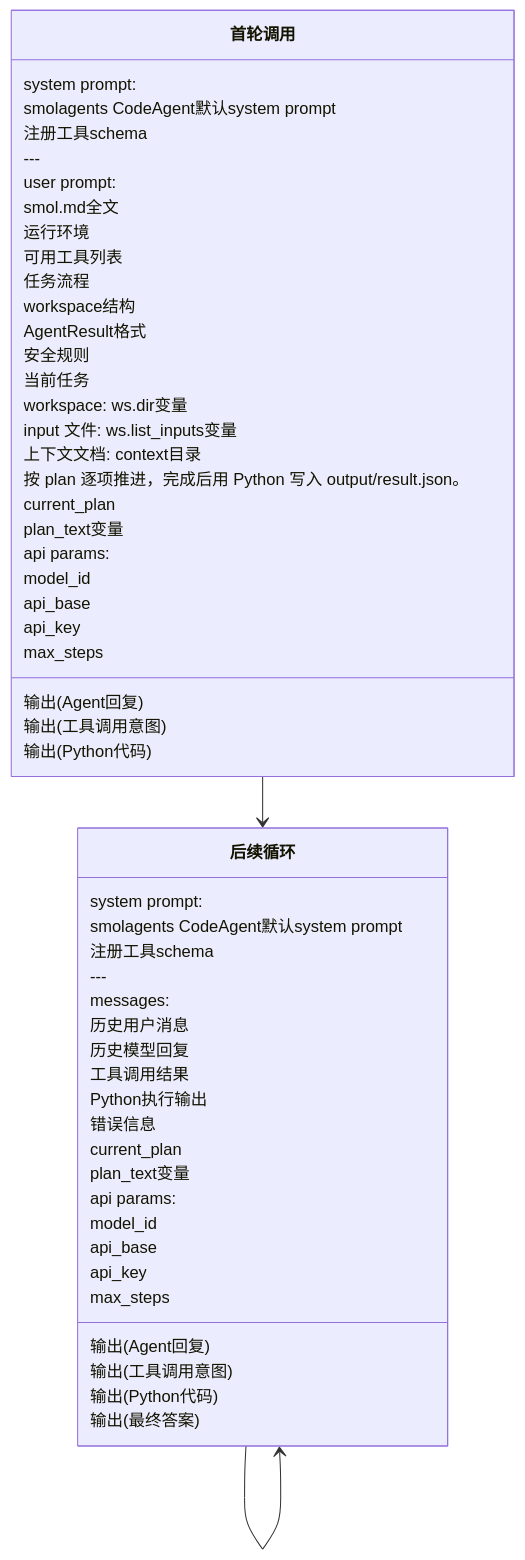
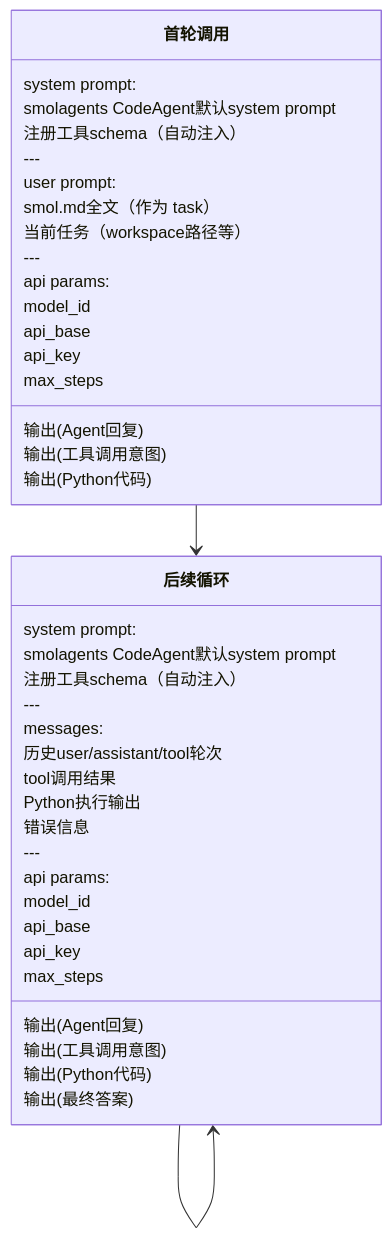
The diagram in docs/agent-poc/smolagents-codeagent-poc/文档.md (FuLuTang/AI-Store-Analysis-System), drawn with Mermaid before and after one commit. The commit also changed other lines of this file and 6 other files, not shown here.

First line of the commit message:
fix(smol): 修复 plan 注入 + 完整 LLM 调用日志输出

````diff
--- a/docs/agent-poc/smolagents-codeagent-poc/文档.md
+++ b/docs/agent-poc/smolagents-codeagent-poc/文档.md
@@ -3,59 +18,46 @@
 ```mermaid
 classDiagram
     class 首轮调用 {
         system prompt:
         smolagents CodeAgent默认system prompt
-        注册工具schema
+        注册工具schema（自动注入）
         ---
         user prompt:
-        smol.md全文
-        运行环境
-        可用工具列表
-        任务流程
-        workspace结构
-        AgentResult格式
-        安全规则
-        当前任务
-        workspace: ws.dir变量
-        input 文件: ws.list_inputs变量
-        上下文文档: context目录
-        按 plan 逐项推进，完成后用 Python 写入 output/result.json。
-        current_plan
-        plan_text变量
+        smol.md全文（作为 task）
+        当前任务（workspace路径等）
+        ---
         api params:
         model_id
         api_base
         api_key
         max_steps
         输出(Agent回复)
         输出(工具调用意图)
         输出(Python代码)
     }
 
     class 后续循环 {
         system prompt:
         smolagents CodeAgent默认system prompt
-        注册工具schema
+        注册工具schema（自动注入）
         ---
         messages:
-        历史用户消息
-        历史模型回复
-        工具调用结果
+        历史user/assistant/tool轮次
+        tool调用结果
         Python执行输出
         错误信息
-        current_plan
-        plan_text变量
+        ---
         api params:
         model_id
         api_base
         api_key
         max_steps
         输出(Agent回复)
         输出(工具调用意图)
         输出(Python代码)
         输出(最终答案)
     }
 
     首轮调用 --> 后续循环
     后续循环 --> 后续循环
 ```
````
